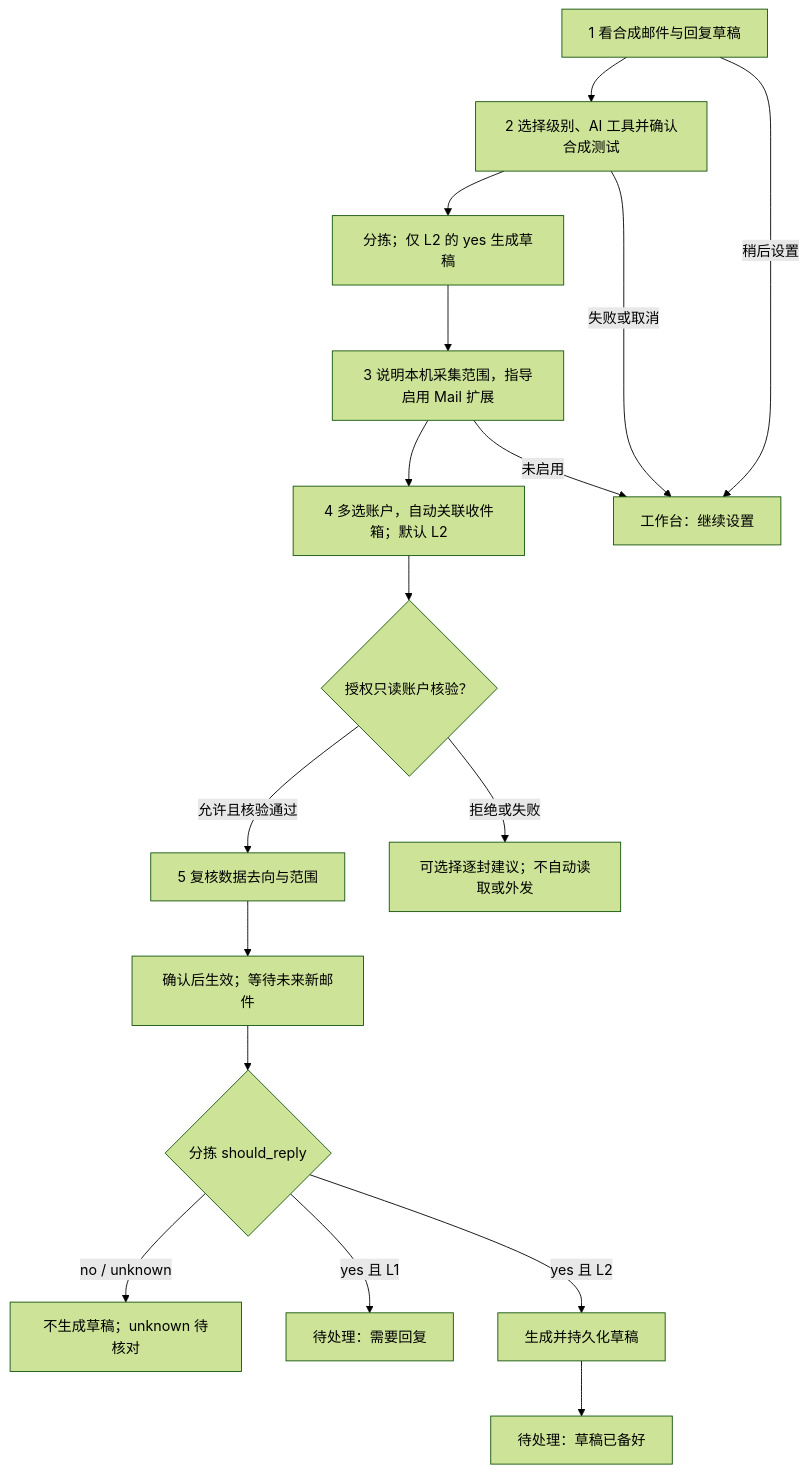
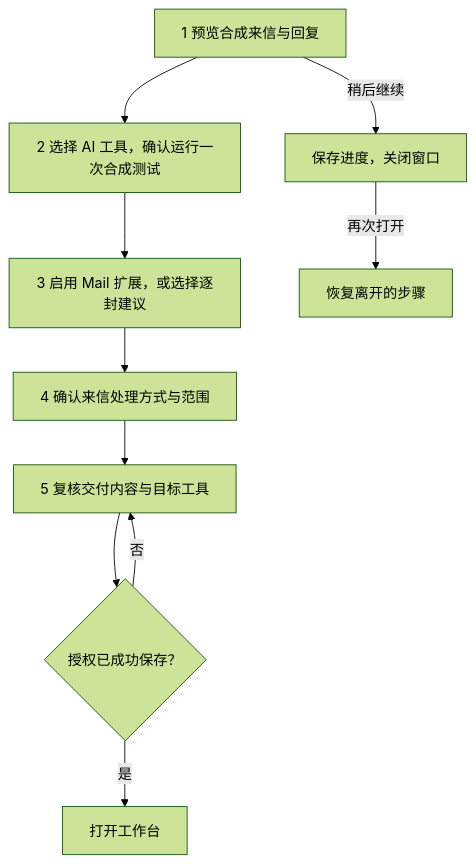
Before and after one commit to cobbcheng/Mailpipe: the diagram in docs/onboarding.md, drawn with Mermaid (forest theme). The commit also changed other lines of this file and 19 other files, not shown here.

````diff
--- a/docs/onboarding.md
+++ b/docs/onboarding.md
@@ -92,19 +94,12 @@
 ```mermaid
 flowchart TD
-  A["1 看合成邮件与回复草稿"] --> B["2 选择级别、AI 工具并确认合成测试"]
-  B --> C["分拣；仅 L2 的 yes 生成草稿"]
-  C --> D["3 说明本机采集范围，指导启用 Mail 扩展"]
-  D --> E["4 多选账户，自动关联收件箱；默认 L2"]
-  E --> F{"授权只读账户核验？"}
-  F -- "允许且核验通过" --> G["5 复核数据去向与范围"]
-  F -- "拒绝或失败" --> H["可选择逐封建议；不自动读取或外发"]
-  G --> I["确认后生效；等待未来新邮件"]
-  I --> J{"分拣 should_reply"}
-  J -- "no / unknown" --> K["不生成草稿；unknown 待核对"]
-  J -- "yes 且 L1" --> L["待处理：需要回复"]
-  J -- "yes 且 L2" --> M["生成并持久化草稿"]
-  M --> N["待处理：草稿已备好"]
-  A -- "稍后设置" --> O["工作台：继续设置"]
-  B -- "失败或取消" --> O
-  D -- "未启用" --> O
+  A["1 预览合成来信与回复"] --> B["2 选择 AI 工具，确认运行一次合成测试"]
+  B --> C["3 启用 Mail 扩展，或选择逐封建议"]
+  C --> D["4 确认来信处理方式与范围"]
+  D --> E["5 复核交付内容与目标工具"]
+  E --> F{"授权已成功保存？"}
+  F -- "是" --> G["打开工作台"]
+  F -- "否" --> E
+  A -- "稍后继续" --> H["保存进度，关闭窗口"]
+  H -- "再次打开" --> I["恢复离开的步骤"]
 ```
````
